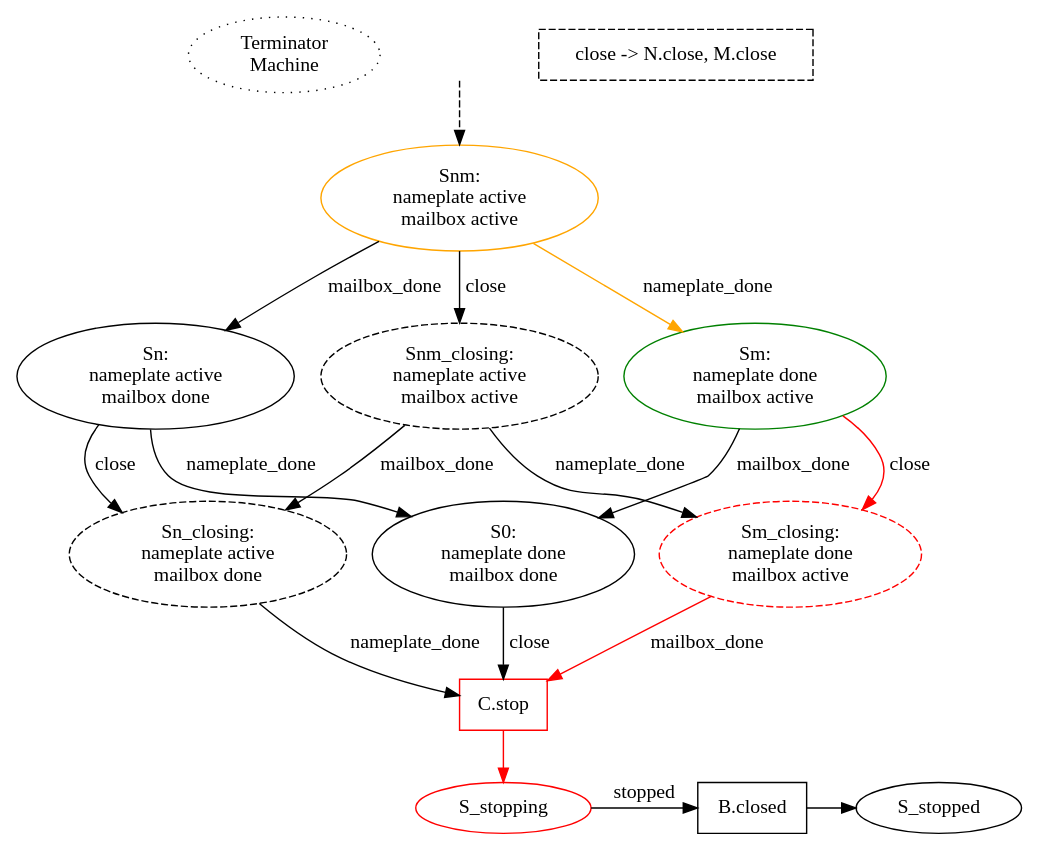
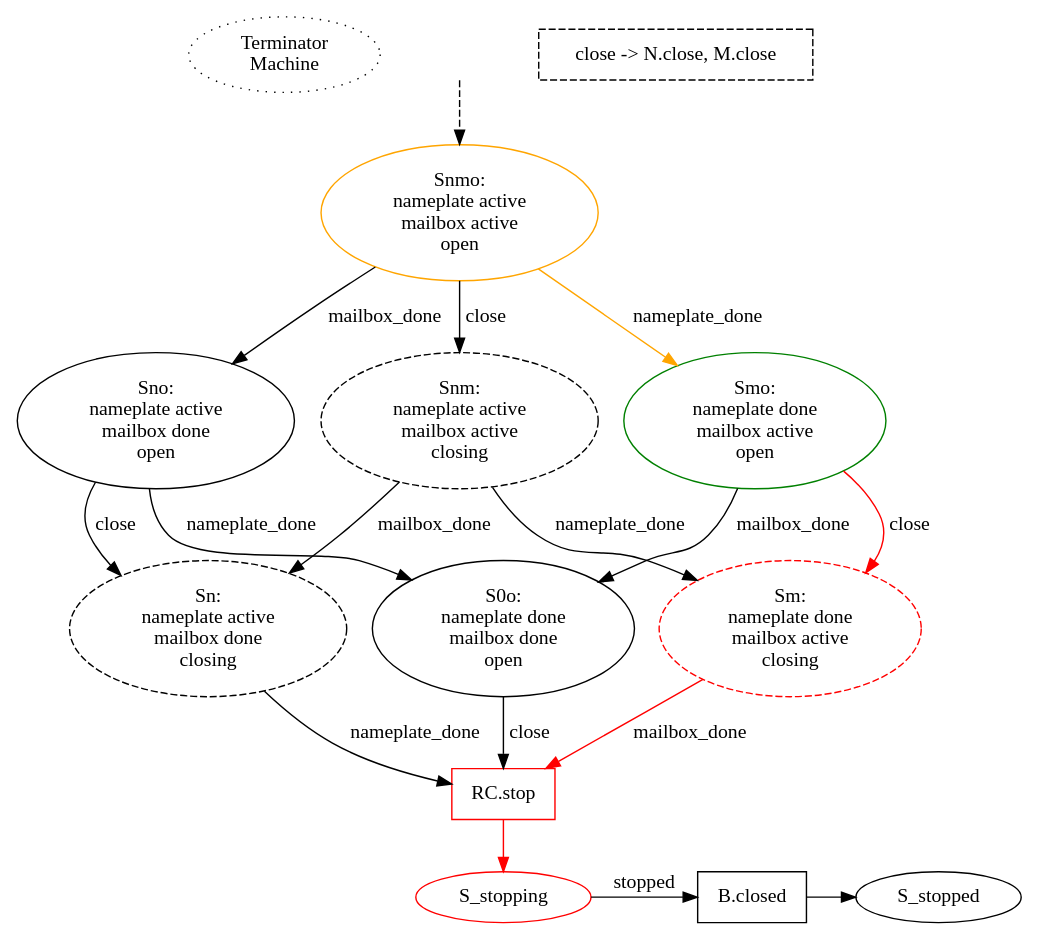
One commit to magic-wormhole/magic-wormhole changed the diagram in docs/terminator.dot. Above: the diagram before and after it, drawn with Graphviz. The commit also changed 8 other files, not shown here.

First line of the commit message:
implement new split nameplate/mailbox/terminator

```diff
--- a/docs/terminator.dot
+++ b/docs/terminator.dot
@@ -1,50 +1,50 @@
 digraph {
         /* M_close pathways */
         title [label="Terminator\nMachine" style="dotted"]
 
         initial [style="invis"]
-        initial -> Snm [style="dashed"]
+        initial -> Snmo [style="dashed"]
 
-        Snm [label="Snm:\nnameplate active\nmailbox active" color="orange"]
-        Sn [label="Sn:\nnameplate active\nmailbox done"]
-        Sm [label="Sm:\nnameplate done\nmailbox active" color="green"]
-        S0 [label="S0:\nnameplate done\nmailbox done"]
+        Snmo [label="Snmo:\nnameplate active\nmailbox active\nopen" color="orange"]
+        Sno [label="Sno:\nnameplate active\nmailbox done\nopen"]
+        Smo [label="Smo:\nnameplate done\nmailbox active\nopen" color="green"]
+        S0o [label="S0o:\nnameplate done\nmailbox done\nopen"]
+
+        Snmo -> Sno [label="mailbox_done"]
+        Snmo -> Smo [label="nameplate_done" color="orange"]
+        Sno -> S0o [label="nameplate_done"]
+        Smo -> S0o [label="mailbox_done"]
+
+        Snmo -> Snm [label="close"]
+        Sno -> Sn [label="close"]
+        Smo -> Sm [label="close" color="red"]
+        S0o -> P_stop [label="close"]
+        
+        Snm [label="Snm:\nnameplate active\nmailbox active\nclosing"
+                     style="dashed"]
+        Sn [label="Sn:\nnameplate active\nmailbox done\nclosing"
+                    style="dashed"]
+        Sm [label="Sm:\nnameplate done\nmailbox active\nclosing"
+                    style="dashed" color="red"]
 
         Snm -> Sn [label="mailbox_done"]
-        Snm -> Sm [label="nameplate_done" color="orange"]
-        Sn -> S0 [label="nameplate_done"]
-        Sm -> S0 [label="mailbox_done"]
-
-        Snm -> Snm_closing [label="close"]
-        Sn -> Sn_closing [label="close"]
-        Sm -> Sm_closing [label="close" color="red"]
-        S0 -> P_stop [label="close"]
-        
-        Snm_closing [label="Snm_closing:\nnameplate active\nmailbox active"
-                     style="dashed"]
-        Sn_closing [label="Sn_closing:\nnameplate active\nmailbox done"
-                    style="dashed"]
-        Sm_closing [label="Sm_closing:\nnameplate done\nmailbox active"
-                    style="dashed" color="red"]
-
-        Snm_closing -> Sn_closing [label="mailbox_done"]
-        Snm_closing -> Sm_closing [label="nameplate_done"]
-        Sn_closing -> P_stop [label="nameplate_done"]
-        Sm_closing -> P_stop [label="mailbox_done" color="red"]
+        Snm -> Sm [label="nameplate_done"]
+        Sn -> P_stop [label="nameplate_done"]
+        Sm -> P_stop [label="mailbox_done" color="red"]
 
         {rank=same; S_stopping Pss S_stopped}
-        P_stop [shape="box" label="C.stop" color="red"]
+        P_stop [shape="box" label="RC.stop" color="red"]
         P_stop -> S_stopping [color="red"]
 
         S_stopping [label="S_stopping" color="red"]
         S_stopping -> Pss [label="stopped"]
         Pss [shape="box" label="B.closed"]
         Pss -> S_stopped
 
         S_stopped [label="S_stopped"]
 
         other [shape="box" style="dashed"
                label="close -> N.close, M.close"]
                
 
 }
```
